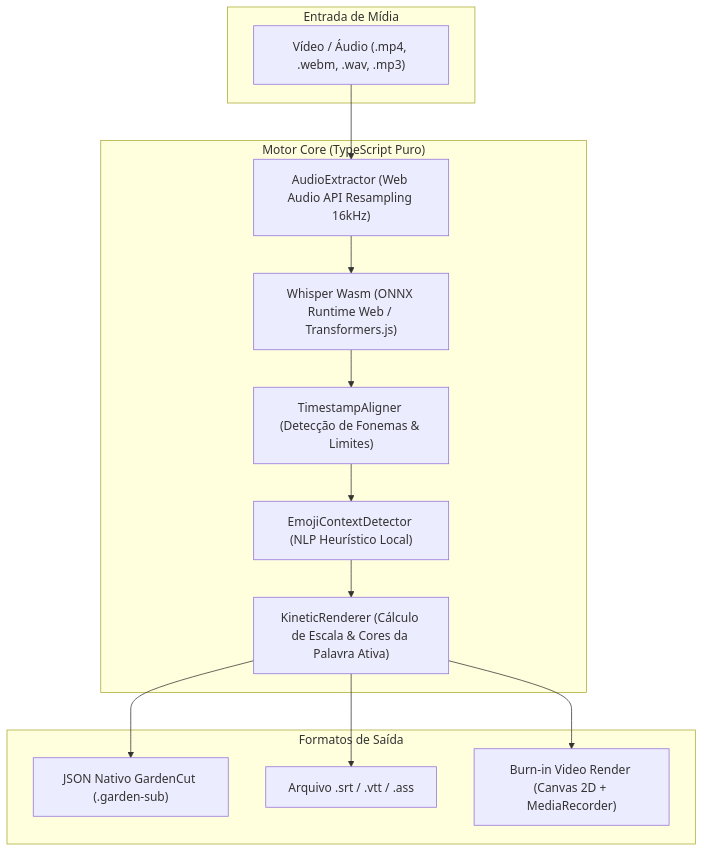
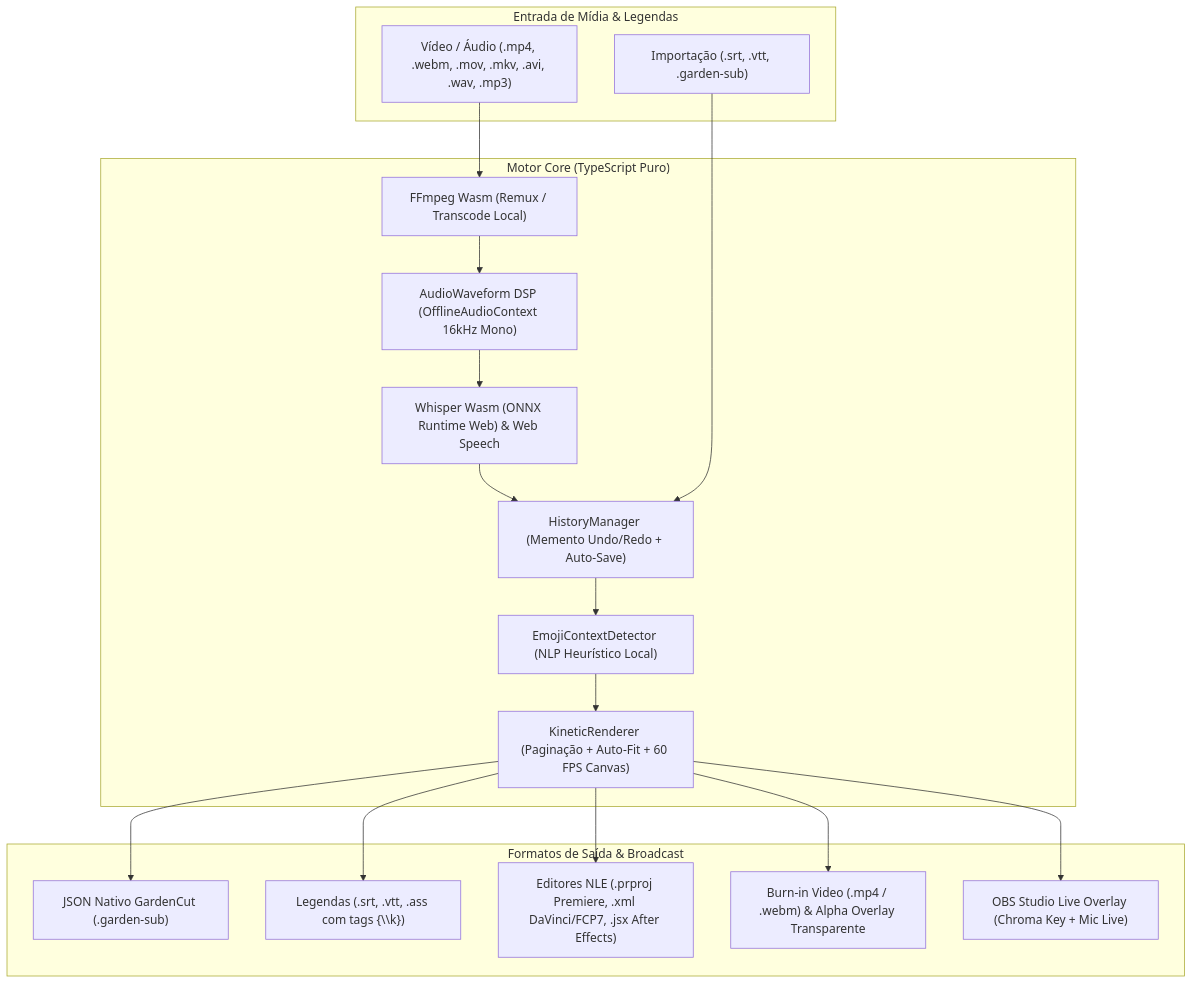
One commit to FelipeGardenghiDev/garden-subtitle changed the diagram in README.md. Above: the diagram before and after it, drawn with Mermaid. The commit also changed other lines of this file and 13 other files, not shown here.

Commit message:
feat: add 16kHz Waveform timeline, Whisper Wasm ASR, word-level editor, 1:1 aspect ratio, and ASS karaoke tags

````diff
--- a/README.md
+++ b/README.md
@@ -32,26 +40,34 @@
 ```mermaid
 flowchart TD
-    subgraph Input ["Entrada de Mídia"]
-        VIDEO["Vídeo / Áudio (.mp4, .webm, .wav, .mp3)"]
+    subgraph Input ["Entrada de Mídia & Legendas"]
+        VIDEO["Vídeo / Áudio (.mp4, .webm, .mov, .mkv, .avi, .wav, .mp3)"]
+        SUB_IN["Importação (.srt, .vtt, .garden-sub)"]
     end
 
     subgraph Core ["Motor Core (TypeScript Puro)"]
-        AUDIO_EXTRACT["AudioExtractor (Web Audio API Resampling 16kHz)"]
-        WHISPER["Whisper Wasm (ONNX Runtime Web / Transformers.js)"]
-        TIMESTAMP["TimestampAligner (Detecção de Fonemas & Limites)"]
+        FFMPEG["FFmpeg Wasm (Remux / Transcode Local)"]
+        AUDIO_EXTRACT["AudioWaveform DSP (OfflineAudioContext 16kHz Mono)"]
+        WHISPER["Whisper Wasm (ONNX Runtime Web) & Web Speech"]
+        HISTORY["HistoryManager (Memento Undo/Redo + Auto-Save)"]
         EMOJI_ENGINE["EmojiContextDetector (NLP Heurístico Local)"]
-        KINETIC["KineticRenderer (Cálculo de Escala & Cores da Palavra Ativa)"]
+        KINETIC["KineticRenderer (Paginação + Auto-Fit + 60 FPS Canvas)"]
     end
 
-    subgraph Output ["Formatos de Saída"]
+    subgraph Output ["Formatos de Saída & Broadcast"]
         GARDEN_JSON["JSON Nativo GardenCut (.garden-sub)"]
-        SRT["Arquivo .srt / .vtt / .ass"]
-        CANVAS_EXPORT["Burn-in Video Render (Canvas 2D + MediaRecorder)"]
+        SUB_OUT["Legendas (.srt, .vtt, .ass com tags {\\k})"]
+        NLE_OUT["Editores NLE (.prproj Premiere, .xml DaVinci/FCP7, .jsx After Effects)"]
+        CANVAS_EXPORT["Burn-in Video (.mp4 / .webm) & Alpha Overlay Transparente"]
+        OBS_LIVE["OBS Studio Live Overlay (Chroma Key + Mic Live)"]
     end
 
-    VIDEO --> AUDIO_EXTRACT --> WHISPER --> TIMESTAMP
-    TIMESTAMP --> EMOJI_ENGINE --> KINETIC
+    VIDEO --> FFMPEG --> AUDIO_EXTRACT
+    AUDIO_EXTRACT --> WHISPER --> HISTORY
+    SUB_IN --> HISTORY
+    HISTORY --> EMOJI_ENGINE --> KINETIC
     KINETIC --> GARDEN_JSON
-    KINETIC --> SRT
+    KINETIC --> SUB_OUT
+    KINETIC --> NLE_OUT
     KINETIC --> CANVAS_EXPORT
+    KINETIC --> OBS_LIVE
 ```
````
